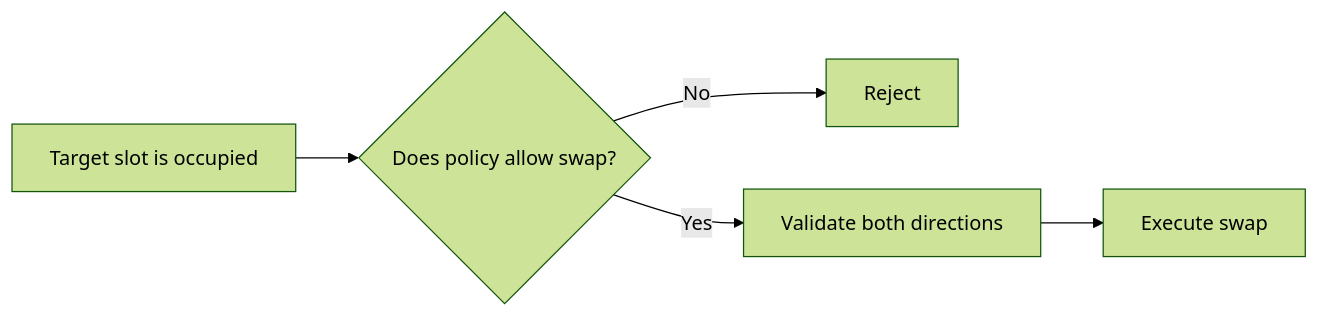
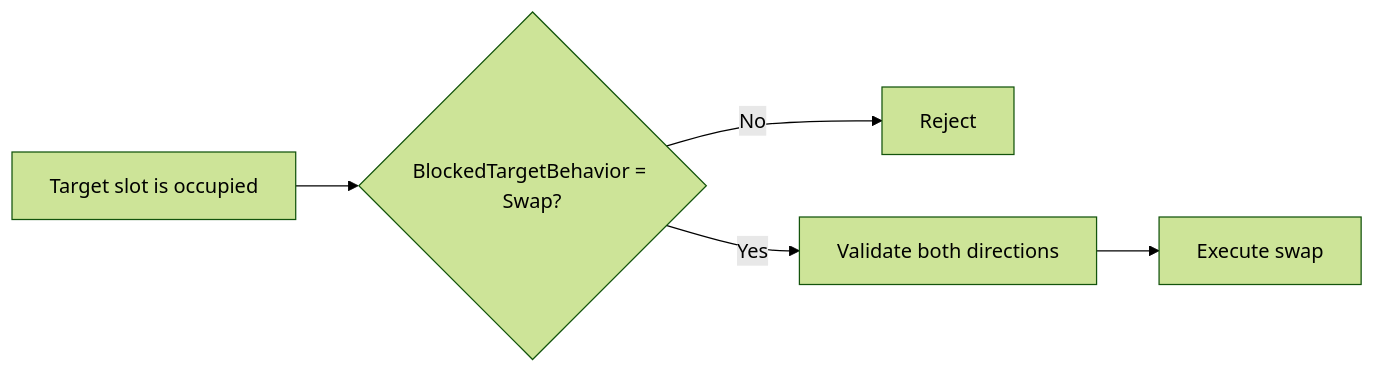
Before and after one commit to SergeevSergey99/DragAndDropSystem-Docs: the sixth of 6 diagrams in .docs/content/architecture/transfer-pipeline.en.md, drawn with Mermaid (forest theme). The commit also changed other lines of this file and 17 other files, not shown here.

````diff
--- a/.docs/content/architecture/transfer-pipeline.en.md
+++ b/.docs/content/architecture/transfer-pipeline.en.md
@@ -139,7 +177,7 @@
 ```mermaid
 flowchart LR
-    A["Target slot is occupied"] --> B{"Does policy allow swap?"}
+    A["Target slot is occupied"] --> B{"BlockedTargetBehavior = Swap?"}
     B -->|No| C["Reject"]
     B -->|Yes| D["Validate both directions"]
     D --> E["Execute swap"]
 ```
````
